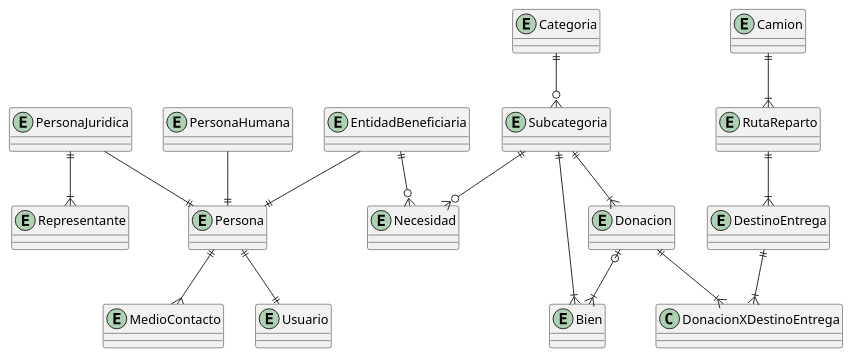
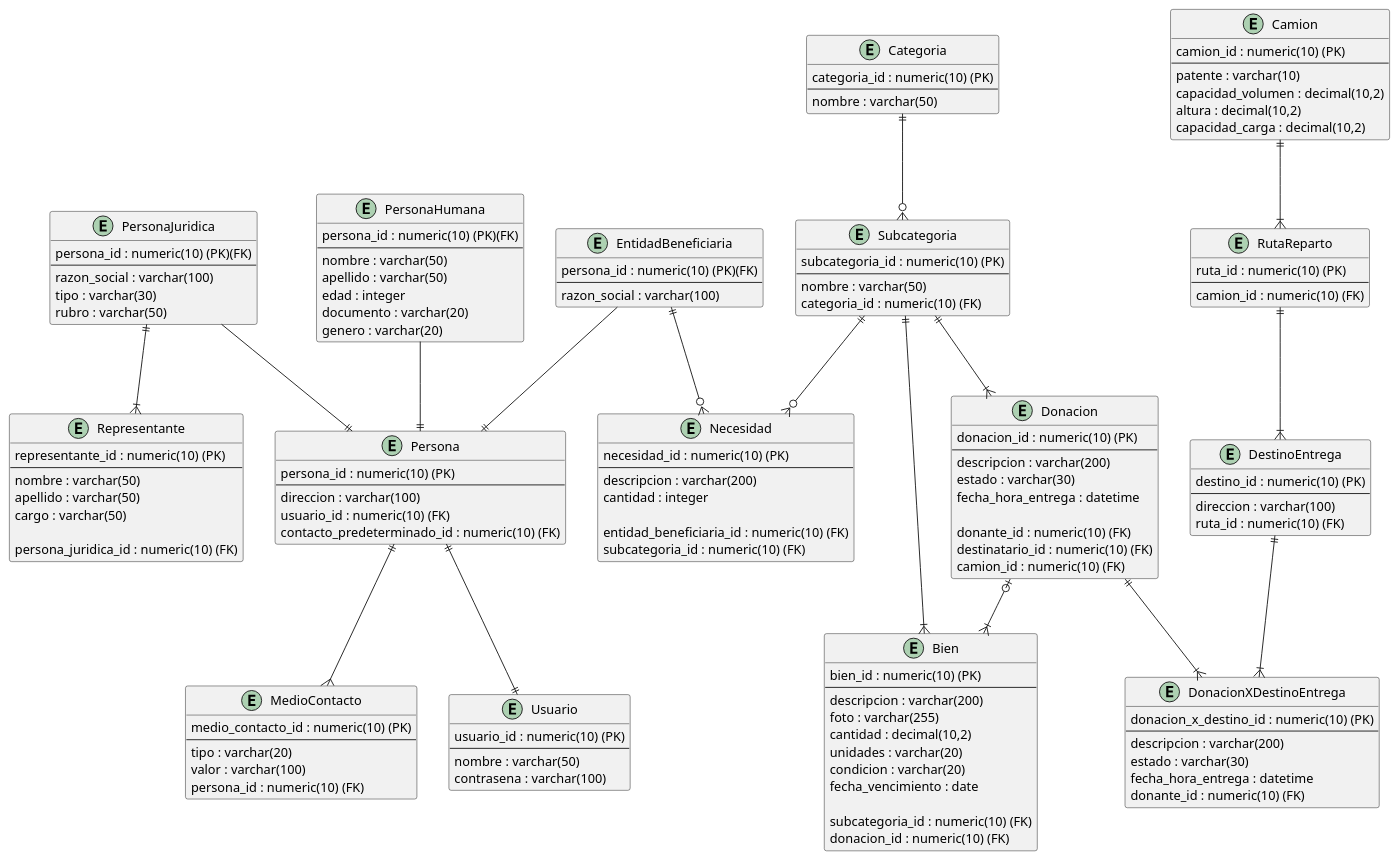
Before and after one commit to snmaccio-dev/TPA-DDS: the diagram in Diagramas/ModeladoDeDatos-DER.puml, drawn with PlantUML. The commit also changed 1 other file, not shown here.

Commit message:
Diagrama der terminado

```diff
--- a/Diagramas/ModeladoDeDatos-DER.puml
+++ b/Diagramas/ModeladoDeDatos-DER.puml
@@ -1,106 +1,181 @@
 @startuml
 
 'Entidades Persona
 
 entity Persona {
-
+    persona_id : numeric(10) (PK)
+    --
+    direccion : varchar(100)
+    usuario_id : numeric(10) (FK)
+    contacto_predeterminado_id : numeric(10) (FK)
 }
 
 entity MedioContacto {
-
+    medio_contacto_id : numeric(10) (PK)
+    --
+    tipo : varchar(20)
+    valor : varchar(100)
+    persona_id : numeric(10) (FK)
 }
-
 entity Usuario {
-
+    usuario_id : numeric(10) (PK)
+    --
+    nombre : varchar(50)
+    contrasena : varchar(100)
 }
 
 entity PersonaJuridica {
-
+    persona_id : numeric(10) (PK)(FK)
+    --
+    razon_social : varchar(100)
+    tipo : varchar(30)
+    rubro : varchar(50)
 }
 
 entity PersonaHumana {
-
+    persona_id : numeric(10) (PK)(FK)
+    --
+    nombre : varchar(50)
+    apellido : varchar(50)
+    edad : integer
+    documento : varchar(20)
+    genero : varchar(20)
 }
 
 entity EntidadBeneficiaria {
-
+    persona_id : numeric(10) (PK)(FK)
+    --
+    razon_social : varchar(100)
 }
 
 entity Necesidad {
+    necesidad_id : numeric(10) (PK)
+    --
+    descripcion : varchar(200)
+    cantidad : integer
 
+    entidad_beneficiaria_id : numeric(10) (FK)
+    subcategoria_id : numeric(10) (FK)
 }
 
 entity Representante {
+    representante_id : numeric(10) (PK)
+    --
+    nombre : varchar(50)
+    apellido : varchar(50)
+    cargo : varchar(50)
 
+    persona_juridica_id : numeric(10) (FK)
 }
 
 entity Categoria {
-
+    categoria_id : numeric(10) (PK)
+    --
+    nombre : varchar(50)
 }
 
 entity Subcategoria {
-
+    subcategoria_id : numeric(10) (PK)
+    --
+    nombre : varchar(50)
+    categoria_id : numeric(10) (FK)
 }
 
 entity Bien {
+    bien_id : numeric(10) (PK)
+    --
+    descripcion : varchar(200)
+    foto : varchar(255)
+    cantidad : decimal(10,2)
+    unidades : varchar(20)
+    condicion : varchar(20)
+    fecha_vencimiento : date
 
+    subcategoria_id : numeric(10) (FK)
+    donacion_id : numeric(10) (FK)
 }
 
 entity Donacion {
+    donacion_id : numeric(10) (PK)
+    --
+    descripcion : varchar(200)
+    estado : varchar(30)
+    fecha_hora_entrega : datetime
 
+    donante_id : numeric(10) (FK)
+    destinatario_id : numeric(10) (FK)
+    camion_id : numeric(10) (FK)
+}
+
+entity DonacionXDestinoEntrega {
+    donacion_x_destino_id : numeric(10) (PK)
+    --
+    descripcion : varchar(200)
+    estado : varchar(30)
+    fecha_hora_entrega : datetime
+    donante_id : numeric(10) (FK)
 }
 
 entity Camion {
-
+    camion_id : numeric(10) (PK)
+    --
+    patente : varchar(10)
+    capacidad_volumen : decimal(10,2)
+    altura : decimal(10,2)
+    capacidad_carga : decimal(10,2)
 }
 
 entity RutaReparto {
-
+    ruta_id : numeric(10) (PK)
+    --
+    camion_id : numeric(10) (FK)
 }
 
 entity DestinoEntrega {
-
+    destino_id : numeric(10) (PK)
+    --
+    direccion : varchar(100)
+    ruta_id : numeric(10) (FK)
 }
 
 ' Relaciones - Persona
 
 Persona ||--{ MedioContacto
 Persona ||--|| Usuario
 PersonaJuridica ||--|{ Representante
 
 ' Herencia de persona
 
 PersonaHumana --|| Persona
 PersonaJuridica --|| Persona
 EntidadBeneficiaria --|| Persona
 
 ' Entidad Beneficiaria
 
 EntidadBeneficiaria ||--o{ Necesidad
 
 ' Necesidad
 
 Subcategoria ||--o{ Necesidad
 Categoria ||--o{ Subcategoria
 
 ' Bien
 
 Subcategoria ||--|{ Bien
 
 ' Donacion
 
 Donacion |o--|{ Bien
 Subcategoria ||--|{ Donacion
 
 ' Logistica
 
 Camion ||--|{ RutaReparto
 RutaReparto ||--|{ DestinoEntrega
 
 ' Relacion Muchos a Muchos
 
 DestinoEntrega ||--|{ DonacionXDestinoEntrega
 Donacion ||--|{ DonacionXDestinoEntrega
 
-
 @enduml
```
